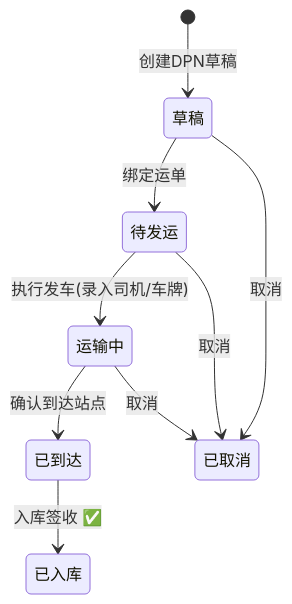
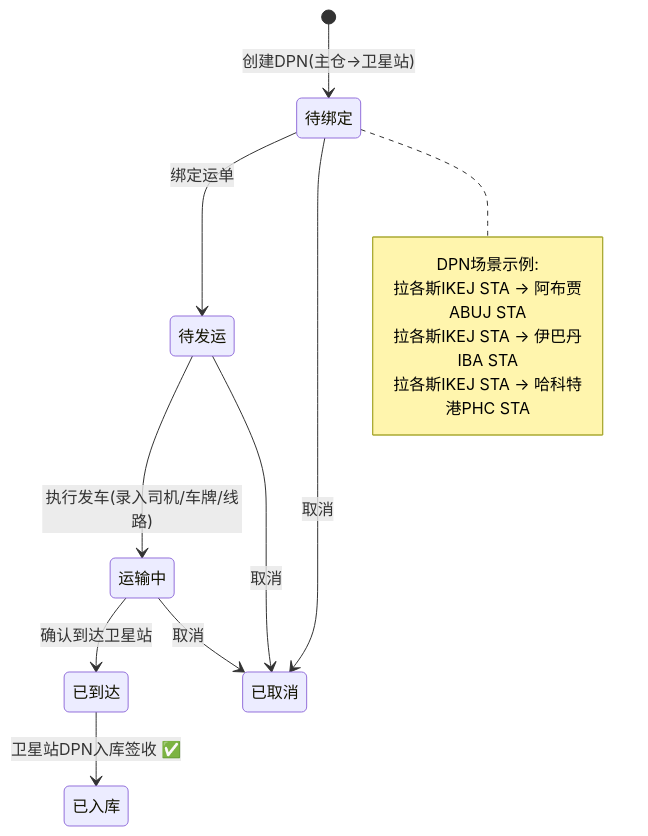
Diagram 17 of 27 in .kiro/specs/full-system-requirements/modules/00-系统总体需求规格说明书-20260408.md (Yitiaoyu686/logistics-app), drawn with Mermaid before and after one commit. The commit also changed other lines of this file, not shown here.

````diff
--- a/.kiro/specs/full-system-requirements/modules/00-系统总体需求规格说明书-20260408.md
+++ b/.kiro/specs/full-system-requirements/modules/00-系统总体需求规格说明书-20260408.md
@@ -711,12 +735,19 @@
 ```mermaid
 stateDiagram-v2
-    [*] --> 草稿: 创建DPN草稿
-    草稿 --> 待发运: 绑定运单
-    待发运 --> 运输中: 执行发车(录入司机/车牌)
-    运输中 --> 已到达: 确认到达站点
-    已到达 --> 已入库: 入库签收 ✅
+    [*] --> 待绑定: 创建DPN(主仓→卫星站)
+    待绑定 --> 待发运: 绑定运单
+    待发运 --> 运输中: 执行发车(录入司机/车牌/线路)
+    运输中 --> 已到达: 确认到达卫星站
+    已到达 --> 已入库: 卫星站DPN入库签收 ✅
 
-    草稿 --> 已取消: 取消
+    待绑定 --> 已取消: 取消
     待发运 --> 已取消: 取消
     运输中 --> 已取消: 取消
+
+    note right of 待绑定
+        DPN场景示例:
+        拉各斯IKEJ STA → 阿布贾ABUJ STA
+        拉各斯IKEJ STA → 伊巴丹IBA STA
+        拉各斯IKEJ STA → 哈科特港PHC STA
+    end note
 ```
````
